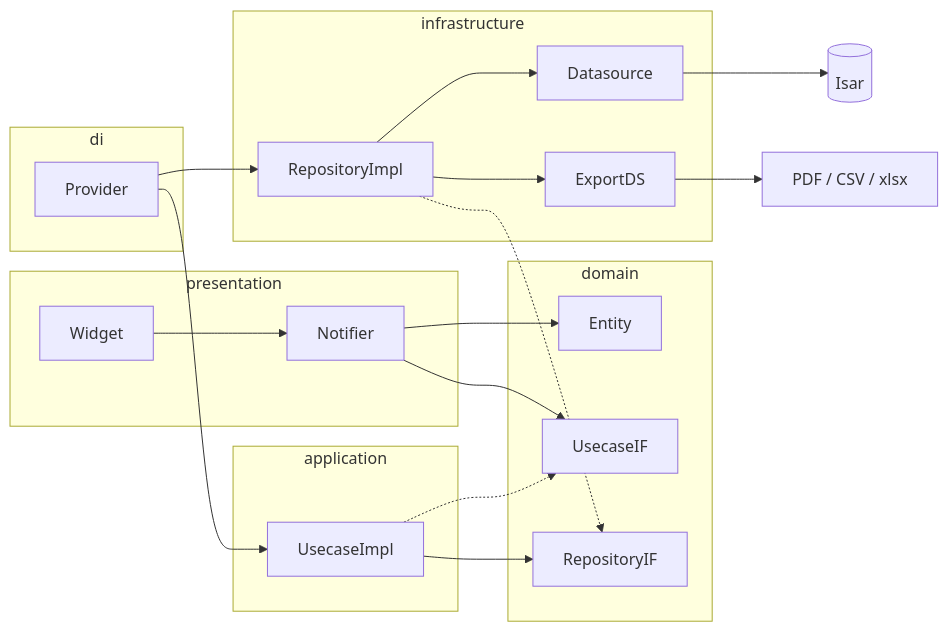
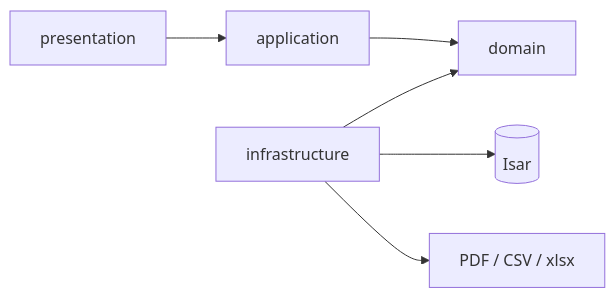
The diagram in README.md (tas5521/boar_time), drawn with Mermaid before and after one commit. The commit also changed other lines of this file, not shown here.

Commit message:
mermaidの図を改善

````diff
--- a/README.md
+++ b/README.md
@@ -79,35 +79,7 @@
 ```mermaid
 flowchart LR
-  subgraph presentation
-    Widget --> Notifier
-  end
-
-  subgraph application
-    UsecaseImpl
-  end
-
-  subgraph domain
-    Entity
-    UsecaseIF
-    RepositoryIF
-  end
-
-  subgraph infrastructure
-    RepositoryImpl --> Datasource
-    RepositoryImpl --> ExportDS
-  end
-
-  subgraph di
-    Provider
-  end
-
-  Notifier --> UsecaseIF
-  Notifier --> Entity
-  UsecaseImpl -.-> UsecaseIF
-  UsecaseImpl --> RepositoryIF
-  RepositoryImpl -.-> RepositoryIF
-  Provider --> UsecaseImpl
-  Provider --> RepositoryImpl
-  Datasource --> Isar[(Isar)]
-  ExportDS --> Files[PDF / CSV / xlsx]
+  presentation --> application --> domain
+  infrastructure --> domain
+  infrastructure --> Isar[(Isar)]
+  infrastructure --> Files[PDF / CSV / xlsx]
 ```
````
